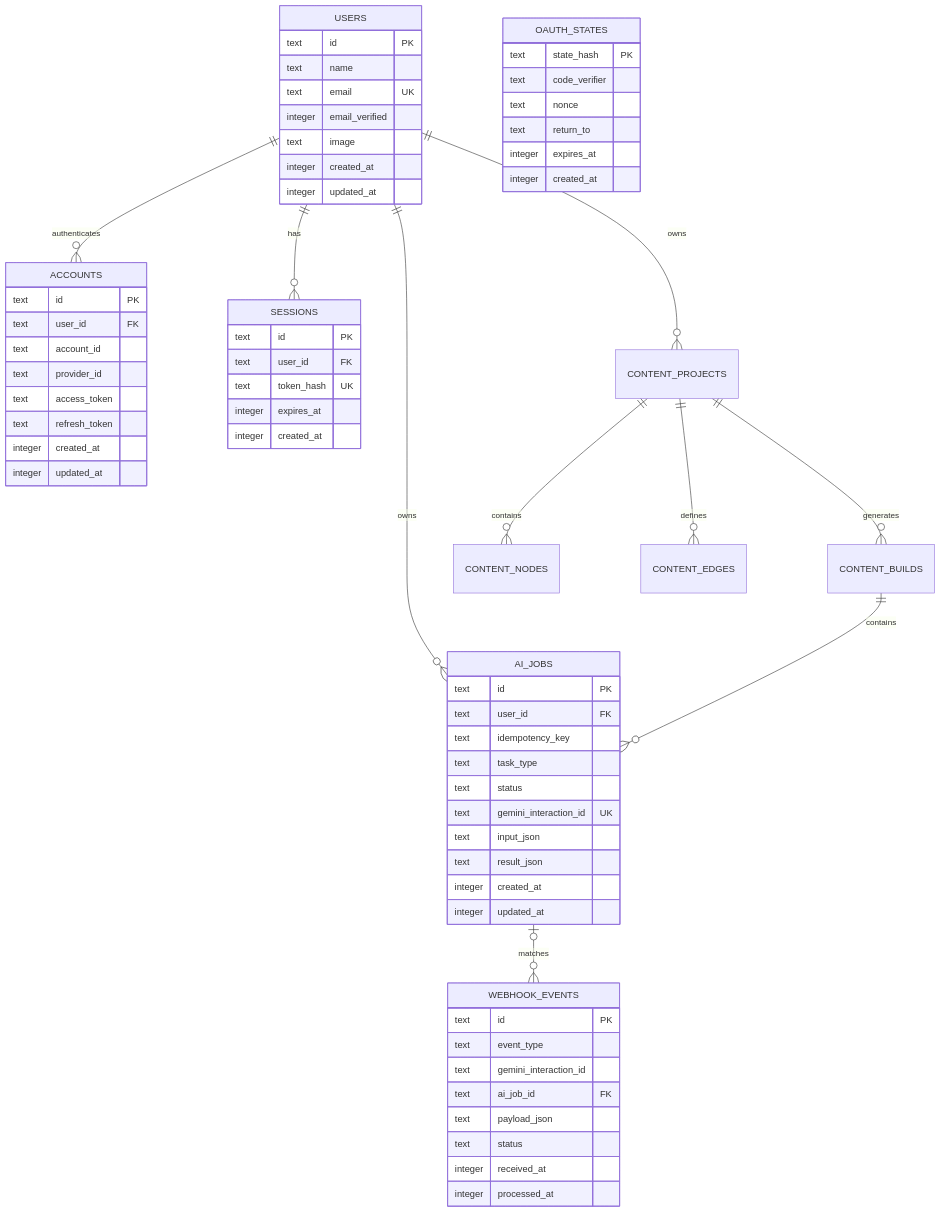
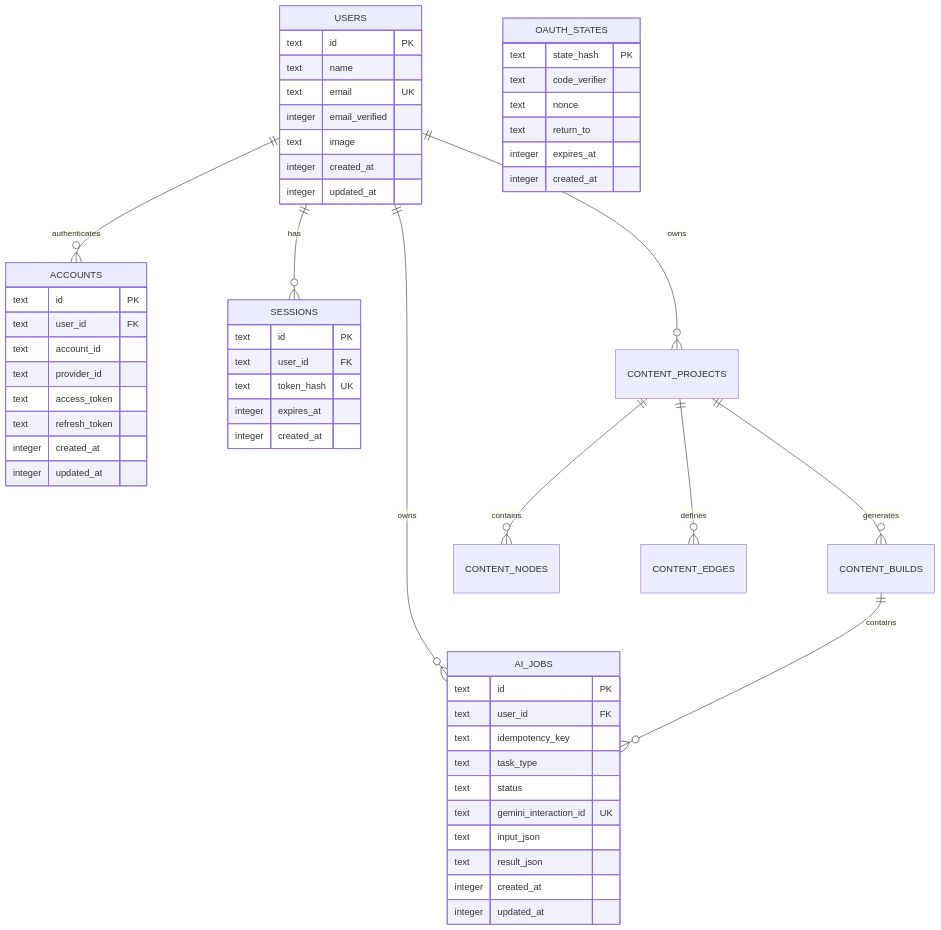
The first of 2 diagrams in docs/database-schema.md (leejss/chaek), drawn with Mermaid before and after one commit. The commit also changed other lines of this file and 1 other file, not shown here.

Commit message:
docs: document polling-only content flow

````diff
--- a/docs/database-schema.md
+++ b/docs/database-schema.md
@@ -15,74 +15,62 @@
 ```mermaid
 erDiagram
     USERS ||--o{ ACCOUNTS : authenticates
     USERS ||--o{ SESSIONS : has
     USERS ||--o{ AI_JOBS : owns
     USERS ||--o{ CONTENT_PROJECTS : owns
     CONTENT_PROJECTS ||--o{ CONTENT_NODES : contains
     CONTENT_PROJECTS ||--o{ CONTENT_EDGES : defines
     CONTENT_PROJECTS ||--o{ CONTENT_BUILDS : generates
     CONTENT_BUILDS ||--o{ AI_JOBS : contains
-    AI_JOBS o|--o{ WEBHOOK_EVENTS : matches
 
     USERS {
         text id PK
         text name
         text email UK
         integer email_verified
         text image
         integer created_at
         integer updated_at
     }
 
     ACCOUNTS {
         text id PK
         text user_id FK
         text account_id
         text provider_id
         text access_token
         text refresh_token
         integer created_at
         integer updated_at
     }
 
     SESSIONS {
         text id PK
         text user_id FK
         text token_hash UK
         integer expires_at
         integer created_at
     }
 
     OAUTH_STATES {
         text state_hash PK
         text code_verifier
         text nonce
         text return_to
         integer expires_at
         integer created_at
     }
 
     AI_JOBS {
         text id PK
         text user_id FK
         text idempotency_key
         text task_type
         text status
         text gemini_interaction_id UK
         text input_json
         text result_json
         integer created_at
         integer updated_at
     }
-
-    WEBHOOK_EVENTS {
-        text id PK
-        text event_type
-        text gemini_interaction_id
-        text ai_job_id FK
-        text payload_json
-        text status
-        integer received_at
-        integer processed_at
-    }
 ```
````
